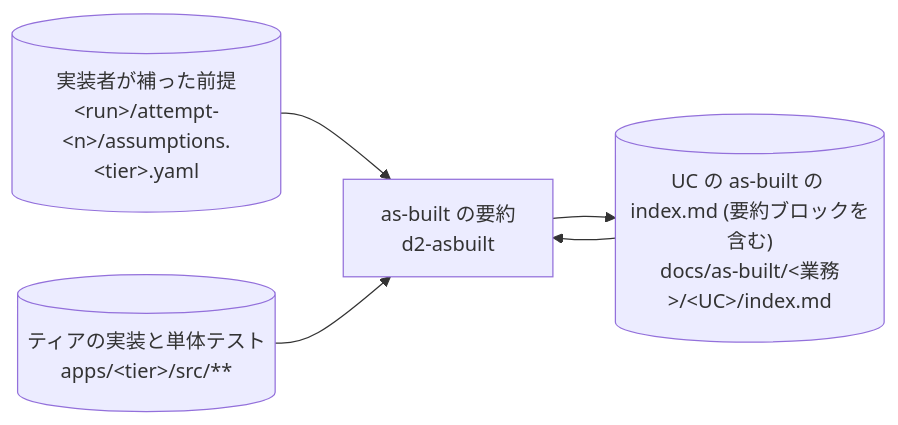
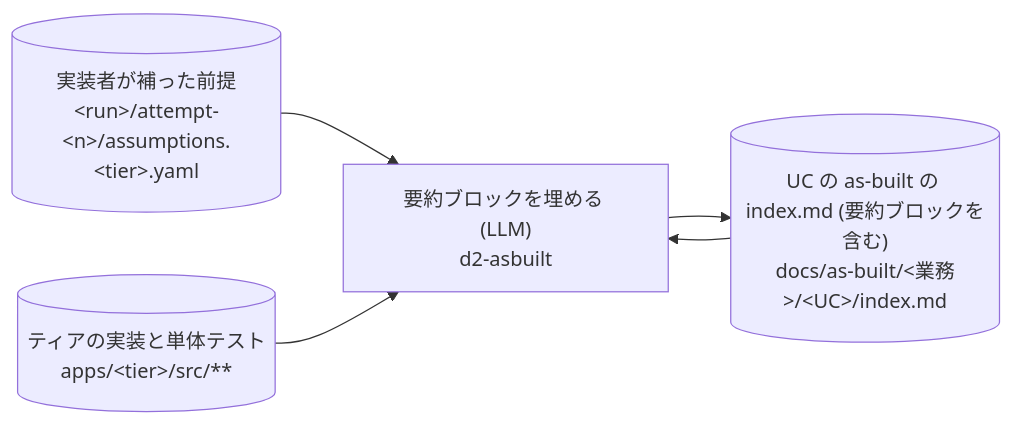
One commit to suwa-sh/suwa-sh-claude-plugins changed diagram 22 of 34 in plugins/distillery2/skills/d2-common/references/dataflow.md. Above: the diagram before and after it, drawn with Mermaid. The commit also changed other lines of this file and 16 other files, not shown here.

````diff
--- a/plugins/distillery2/skills/d2-common/references/dataflow.md
+++ b/plugins/distillery2/skills/d2-common/references/dataflow.md
@@ -643,11 +599,11 @@
 ```mermaid
 flowchart LR
-  p_asbuilt["as-built の要約<br/>d2-asbuilt"]
+  p_asbuilt_summarize["要約ブロックを埋める (LLM)<br/>d2-asbuilt"]
   s_asbuilt_index[("UC の as-built の index.md (要約ブロックを含む)<br/>docs/as-built/#lt;業務#gt;/#lt;UC#gt;/index.md")]
   s_assumptions[("実装者が補った前提<br/>#lt;run#gt;/attempt-#lt;n#gt;/assumptions.#lt;tier#gt;.yaml")]
   s_tier_src[("ティアの実装と単体テスト<br/>apps/#lt;tier#gt;/src/**")]
-  s_asbuilt_index --> p_asbuilt
-  s_assumptions --> p_asbuilt
-  s_tier_src --> p_asbuilt
-  p_asbuilt --> s_asbuilt_index
+  s_asbuilt_index --> p_asbuilt_summarize
+  s_assumptions --> p_asbuilt_summarize
+  s_tier_src --> p_asbuilt_summarize
+  p_asbuilt_summarize --> s_asbuilt_index
 ```
````
